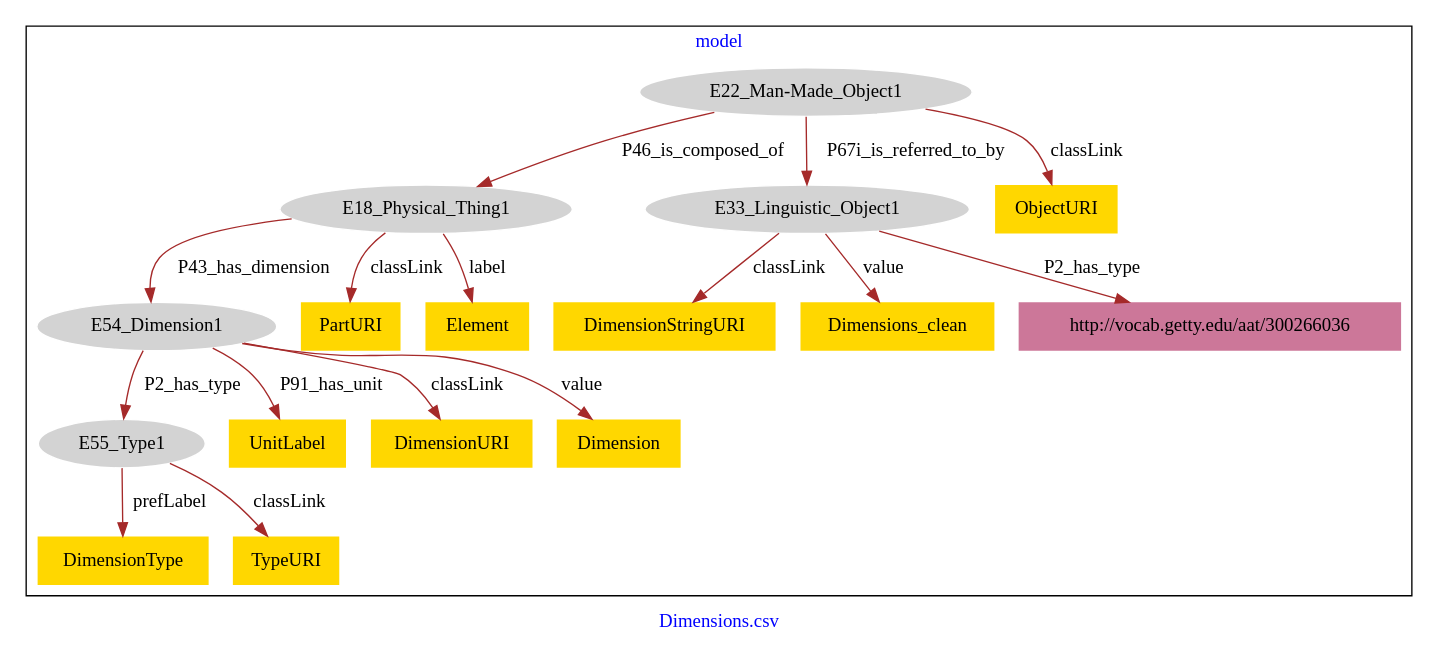
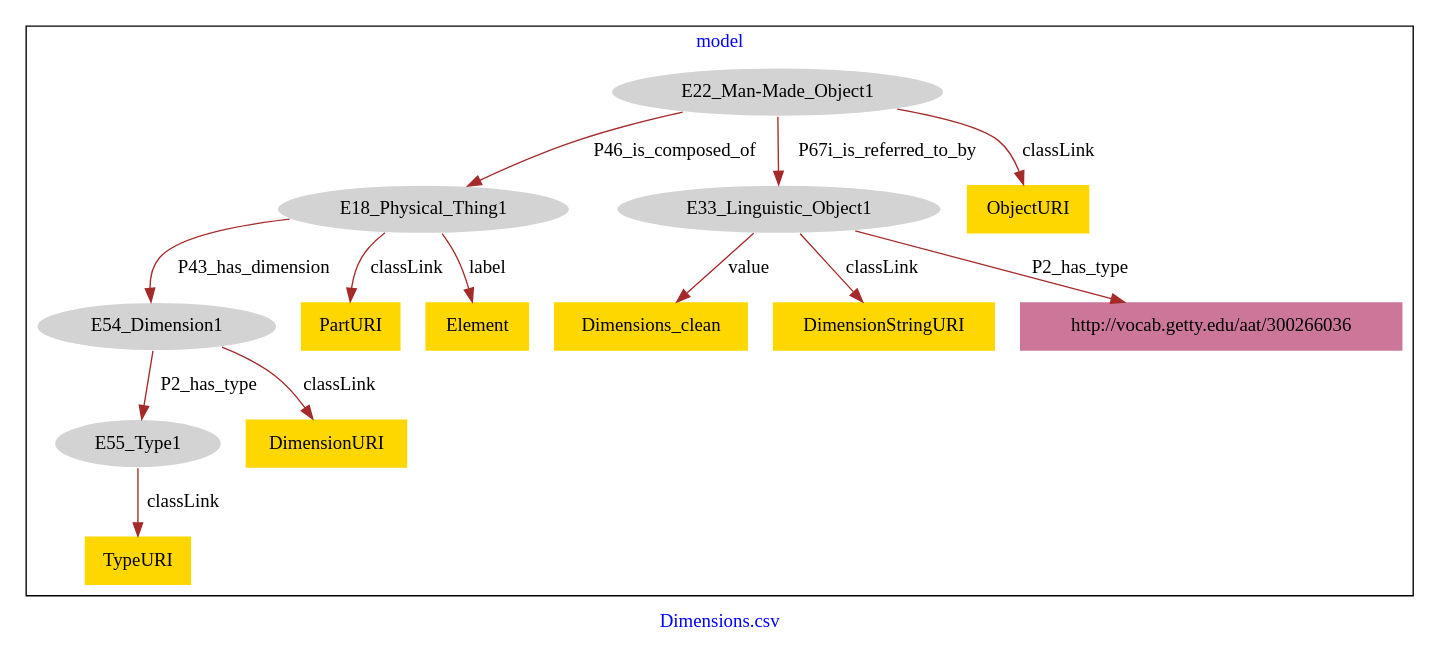
The diagram in Dimensions/Dimensions-model.dot (american-art/GM), drawn with Graphviz before and after one commit.

Commit message:
Update file Dimensions-model.dot

```diff
--- a/Dimensions/Dimensions-model.dot
+++ b/Dimensions/Dimensions-model.dot
@@ -1,39 +1,33 @@
 digraph n0 {
 fontcolor="blue"
 remincross="true"
 label="Dimensions.csv"
 subgraph cluster {
 label="model"
 n2[style="filled",color="white",fillcolor="lightgray",label="E18_Physical_Thing1"];
 n3[style="filled",color="white",fillcolor="lightgray",label="E54_Dimension1"];
 n4[style="filled",color="white",fillcolor="lightgray",label="E22_Man-Made_Object1"];
 n5[style="filled",color="white",fillcolor="lightgray",label="E33_Linguistic_Object1"];
 n6[style="filled",color="white",fillcolor="lightgray",label="E55_Type1"];
-n7[shape="plaintext",style="filled",fillcolor="gold",label="UnitLabel"];
-n8[shape="plaintext",style="filled",fillcolor="gold",label="DimensionStringURI"];
-n9[shape="plaintext",style="filled",fillcolor="gold",label="Dimensions_clean"];
-n10[shape="plaintext",style="filled",fillcolor="gold",label="PartURI"];
-n11[shape="plaintext",style="filled",fillcolor="gold",label="ObjectURI"];
-n12[shape="plaintext",style="filled",fillcolor="gold",label="Element"];
-n13[shape="plaintext",style="filled",fillcolor="gold",label="DimensionType"];
-n14[shape="plaintext",style="filled",fillcolor="gold",label="TypeURI"];
-n15[shape="plaintext",style="filled",fillcolor="gold",label="DimensionURI"];
-n16[shape="plaintext",style="filled",fillcolor="gold",label="Dimension"];
-n17[shape="plaintext",style="filled",fillcolor="#CC7799",label="http://vocab.getty.edu/aat/300266036"];
+n7[shape="plaintext",style="filled",fillcolor="gold",label="PartURI"];
+n8[shape="plaintext",style="filled",fillcolor="gold",label="Dimensions_clean"];
+n9[shape="plaintext",style="filled",fillcolor="gold",label="Element"];
+n10[shape="plaintext",style="filled",fillcolor="gold",label="ObjectURI"];
+n11[shape="plaintext",style="filled",fillcolor="gold",label="DimensionURI"];
+n12[shape="plaintext",style="filled",fillcolor="gold",label="DimensionStringURI"];
+n13[shape="plaintext",style="filled",fillcolor="gold",label="TypeURI"];
+n14[shape="plaintext",style="filled",fillcolor="#CC7799",label="http://vocab.getty.edu/aat/300266036"];
 }
 n2 -> n3[color="brown",fontcolor="black",label="P43_has_dimension"]
 n4 -> n2[color="brown",fontcolor="black",label="P46_is_composed_of"]
 n4 -> n5[color="brown",fontcolor="black",label="P67i_is_referred_to_by"]
 n3 -> n6[color="brown",fontcolor="black",label="P2_has_type"]
-n3 -> n7[color="brown",fontcolor="black",label="P91_has_unit"]
-n5 -> n8[color="brown",fontcolor="black",label="classLink"]
-n5 -> n9[color="brown",fontcolor="black",label="value"]
-n2 -> n10[color="brown",fontcolor="black",label="classLink"]
-n4 -> n11[color="brown",fontcolor="black",label="classLink"]
-n2 -> n12[color="brown",fontcolor="black",label="label"]
-n6 -> n13[color="brown",fontcolor="black",label="prefLabel"]
-n6 -> n14[color="brown",fontcolor="black",label="classLink"]
-n3 -> n15[color="brown",fontcolor="black",label="classLink"]
-n3 -> n16[color="brown",fontcolor="black",label="value"]
-n5 -> n17[color="brown",fontcolor="black",label="P2_has_type"]
+n2 -> n7[color="brown",fontcolor="black",label="classLink"]
+n5 -> n8[color="brown",fontcolor="black",label="value"]
+n2 -> n9[color="brown",fontcolor="black",label="label"]
+n4 -> n10[color="brown",fontcolor="black",label="classLink"]
+n3 -> n11[color="brown",fontcolor="black",label="classLink"]
+n5 -> n12[color="brown",fontcolor="black",label="classLink"]
+n6 -> n13[color="brown",fontcolor="black",label="classLink"]
+n5 -> n14[color="brown",fontcolor="black",label="P2_has_type"]
 }
```
